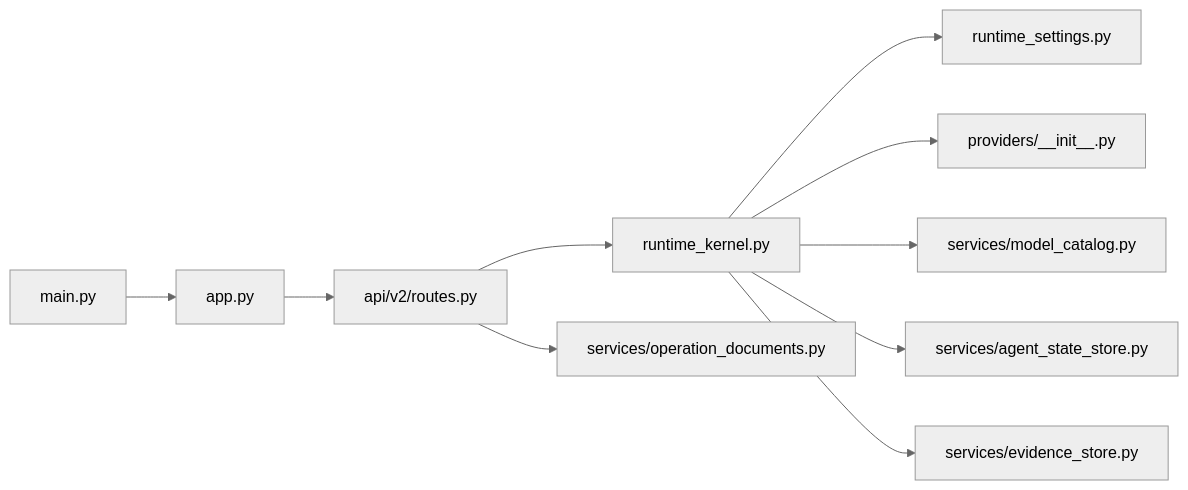
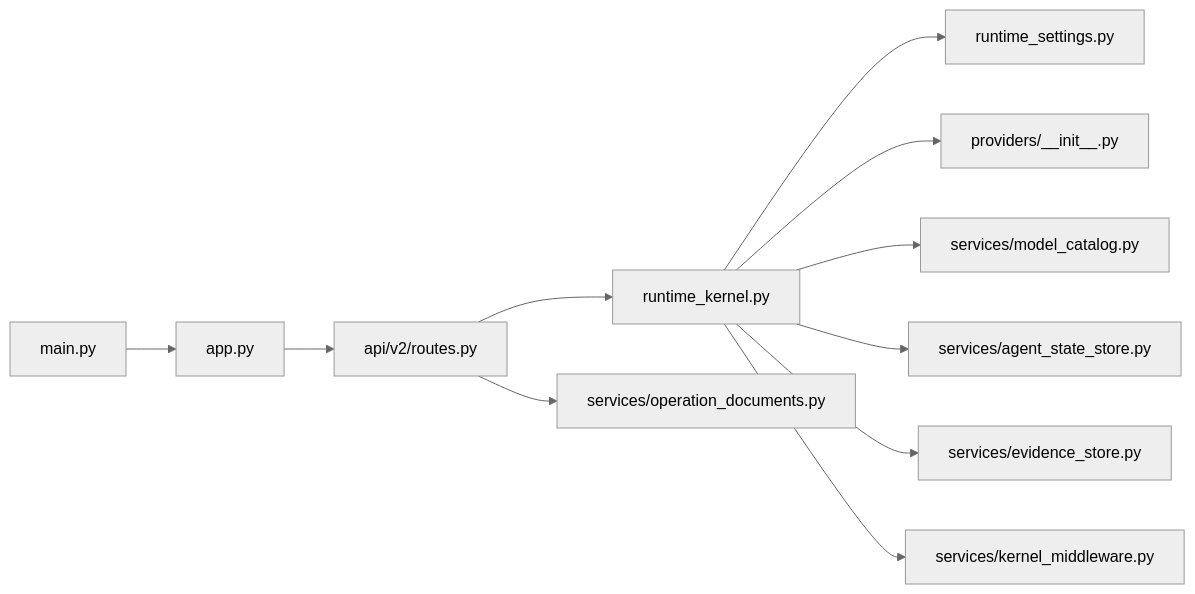
The tenth of 10 diagrams in .qoder/repowiki/en/content/Core Services/Agent Platform/Agent Platform.md (alainlei/luban-aiops), drawn with Mermaid (neutral theme) before and after one commit. The commit also changed other lines of this file and 20 other files, not shown here.

````diff
--- a/.qoder/repowiki/en/content/Core Services/Agent Platform/Agent Platform.md
+++ b/.qoder/repowiki/en/content/Core Services/Agent Platform/Agent Platform.md
@@ -383,12 +437,13 @@
 ```mermaid
 graph LR
 Main["main.py"] --> App["app.py"]
 App --> Router["api/v2/routes.py"]
 Router --> Kernel["runtime_kernel.py"]
 Router --> DocStore["services/operation_documents.py"]
 Kernel --> Settings["runtime_settings.py"]
 Kernel --> Providers["providers/__init__.py"]
 Kernel --> Catalog["services/model_catalog.py"]
 Kernel --> StateStore["services/agent_state_store.py"]
 Kernel --> Evidence["services/evidence_store.py"]
+Kernel --> Middleware["services/kernel_middleware.py"]
 ```
````
